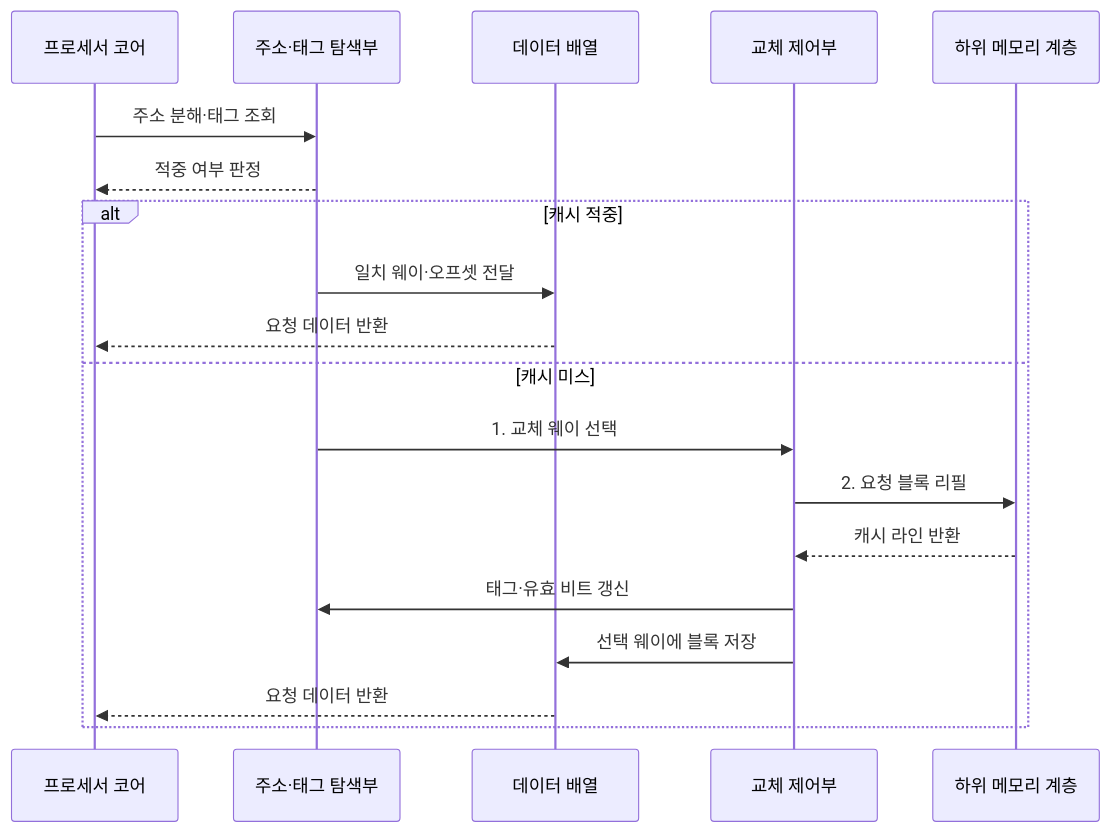
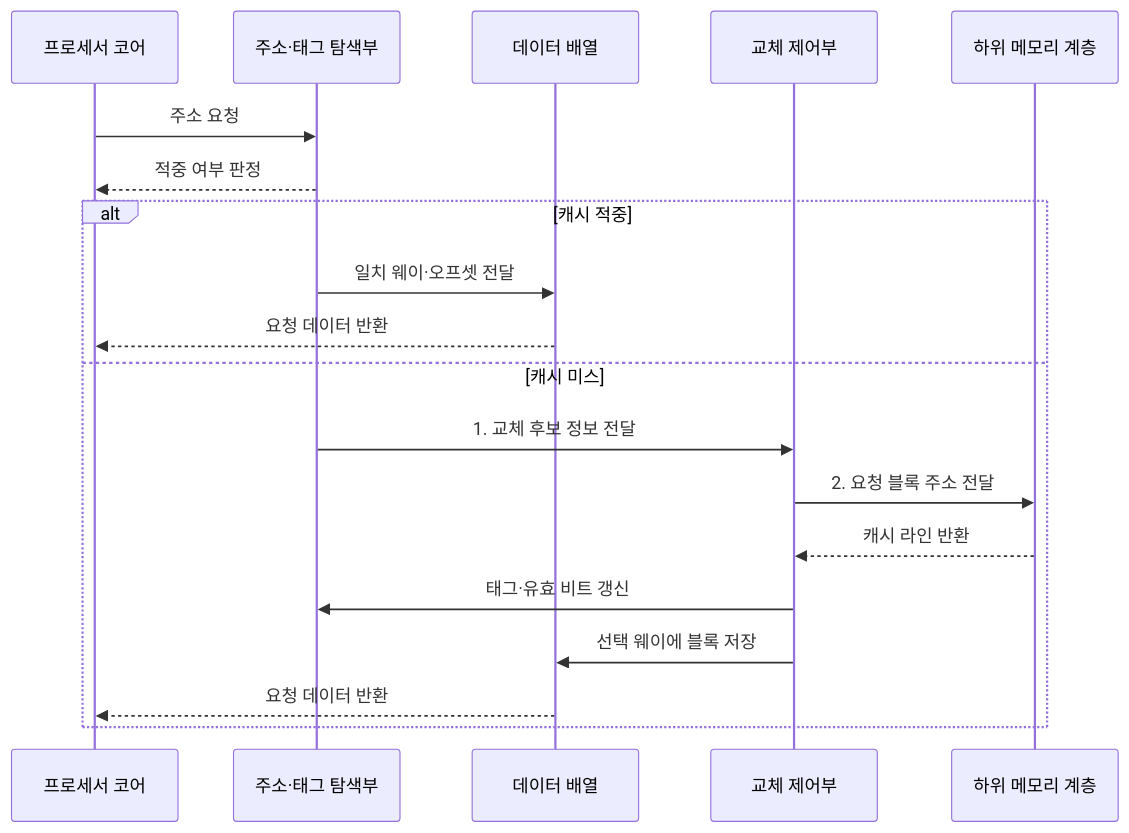
Before and after one commit to agnusdei1207/knowledge-base: the second of 2 diagrams in src/content/docs/notes/02-hardware/012_cache_memory_mapping.md, drawn with Mermaid. The commit also changed other lines of this file and 20 other files, not shown here.

````diff
--- a/src/content/docs/notes/02-hardware/012_cache_memory_mapping.md
+++ b/src/content/docs/notes/02-hardware/012_cache_memory_mapping.md
@@ -94,22 +94,22 @@
 ```mermaid
 sequenceDiagram
     participant C as 프로세서 코어
     participant L as 주소·태그 탐색부
     participant D as 데이터 배열
     participant R as 교체 제어부
     participant M as 하위 메모리 계층
 
-    C->>L: 주소 분해·태그 조회
+    C->>L: 주소 요청
     L-->>C: 적중 여부 판정
     alt 캐시 적중
         L->>D: 일치 웨이·오프셋 전달
         D-->>C: 요청 데이터 반환
     else 캐시 미스
-        L->>R: 1. 교체 웨이 선택
-        R->>M: 2. 요청 블록 리필
+        L->>R: 1. 교체 후보 정보 전달
+        R->>M: 2. 요청 블록 주소 전달
         M-->>R: 캐시 라인 반환
         R->>L: 태그·유효 비트 갱신
         R->>D: 선택 웨이에 블록 저장
         D-->>C: 요청 데이터 반환
     end
 ```
````
